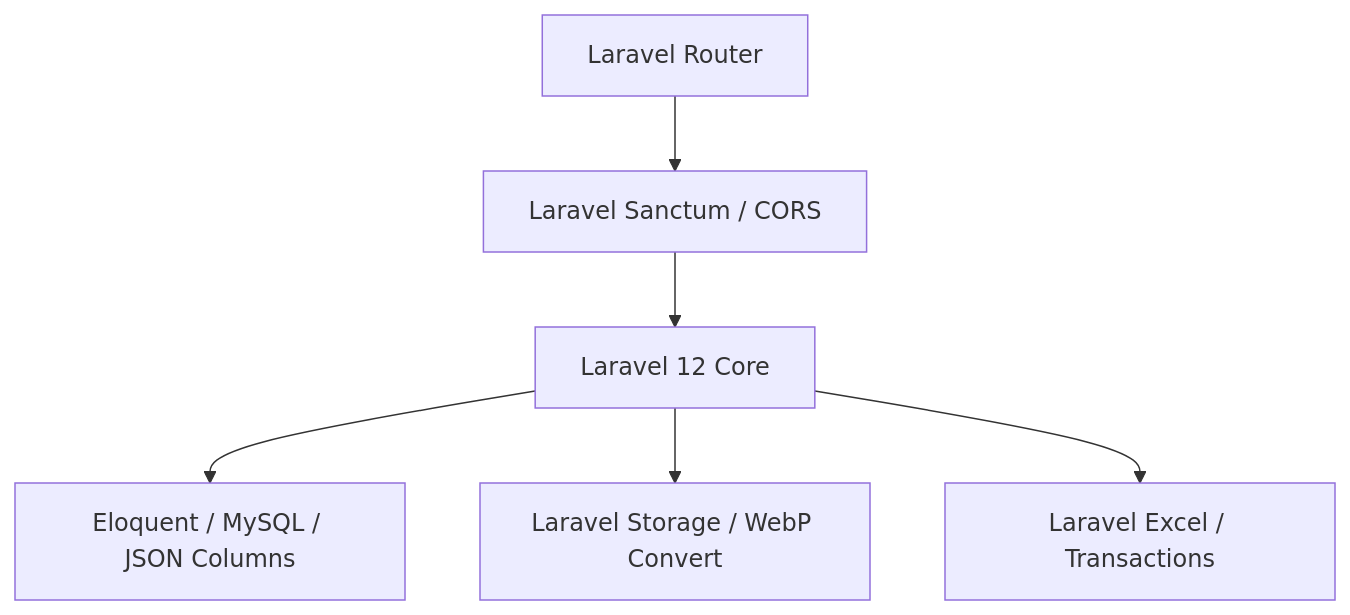
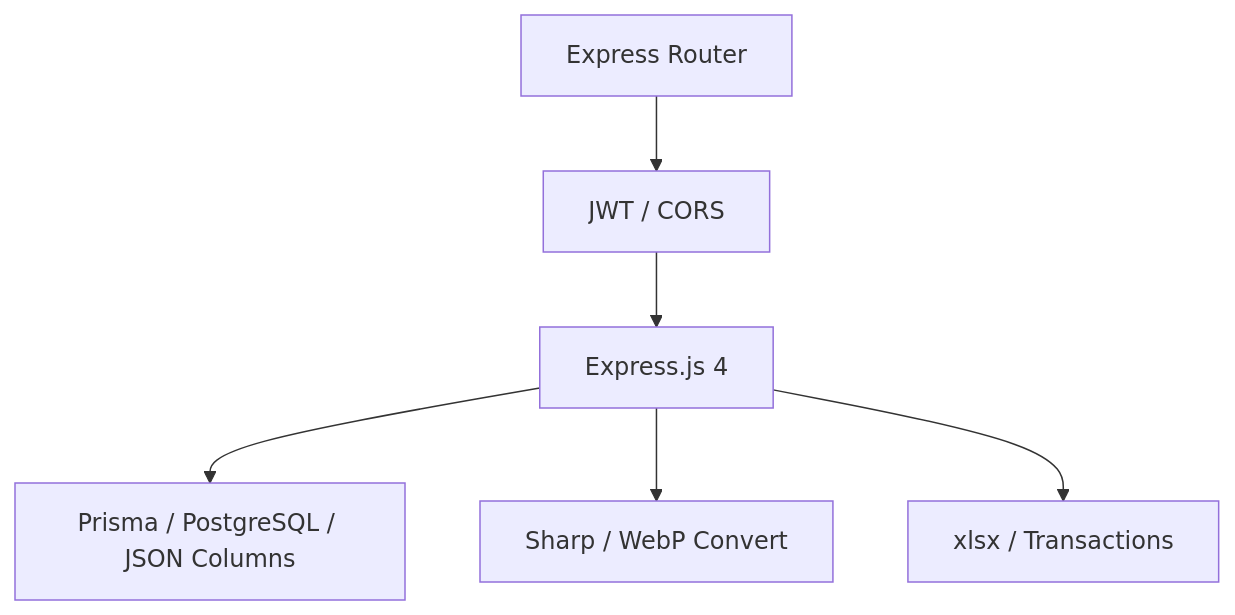
Before and after one commit to bitsy6699/WebDesa: the second of 5 diagrams in docs/engineering/TECH_STACK.md, drawn with Mermaid. The commit also changed other lines of this file and 545 other files, not shown here.

First line of the commit message:
migrate: Laravel → Node.js (Express + Prisma), TSX → JSX, experience redesign

````diff
--- a/docs/engineering/TECH_STACK.md
+++ b/docs/engineering/TECH_STACK.md
@@ -156,8 +150,8 @@
 ```mermaid
 graph TD
-    Router[Laravel Router] --> Middleware[Laravel Sanctum / CORS]
-    Middleware --> Core[Laravel 12 Core]
-    Core --> DB[Eloquent / MySQL / JSON Columns]
-    Core --> Filesystem[Laravel Storage / WebP Convert]
-    Core --> Import[Laravel Excel / Transactions]
+    Router[Express Router] --> Middleware[JWT / CORS]
+    Middleware --> Core[Express.js 4]
+    Core --> DB[Prisma / PostgreSQL / JSON Columns]
+    Core --> Filesystem[Sharp / WebP Convert]
+    Core --> Import[xlsx / Transactions]
 ```
````
